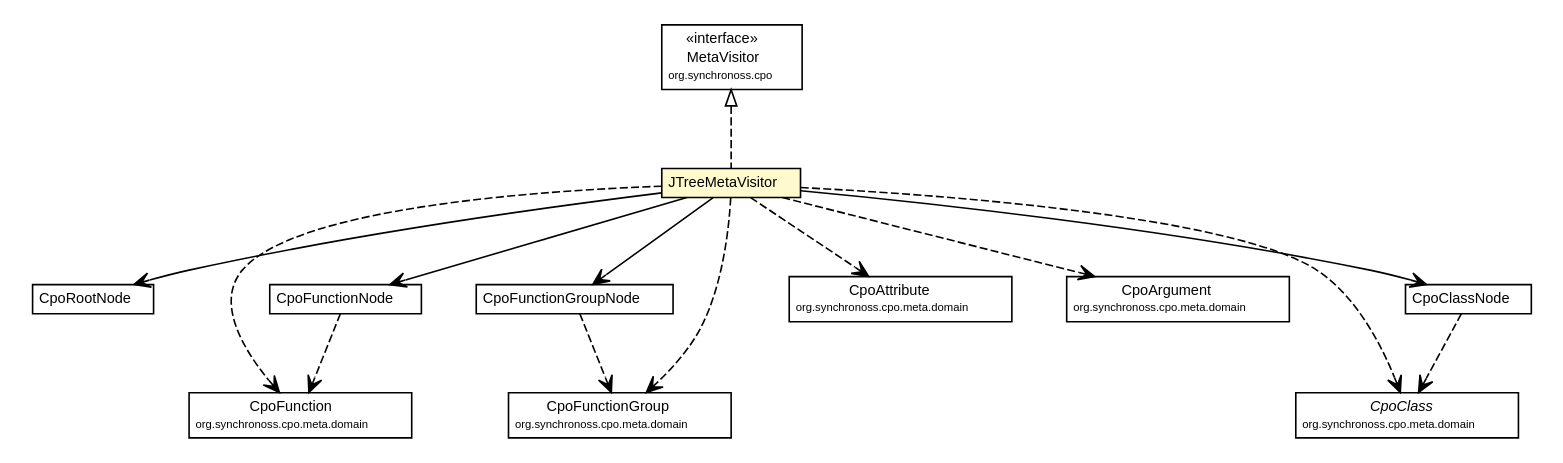
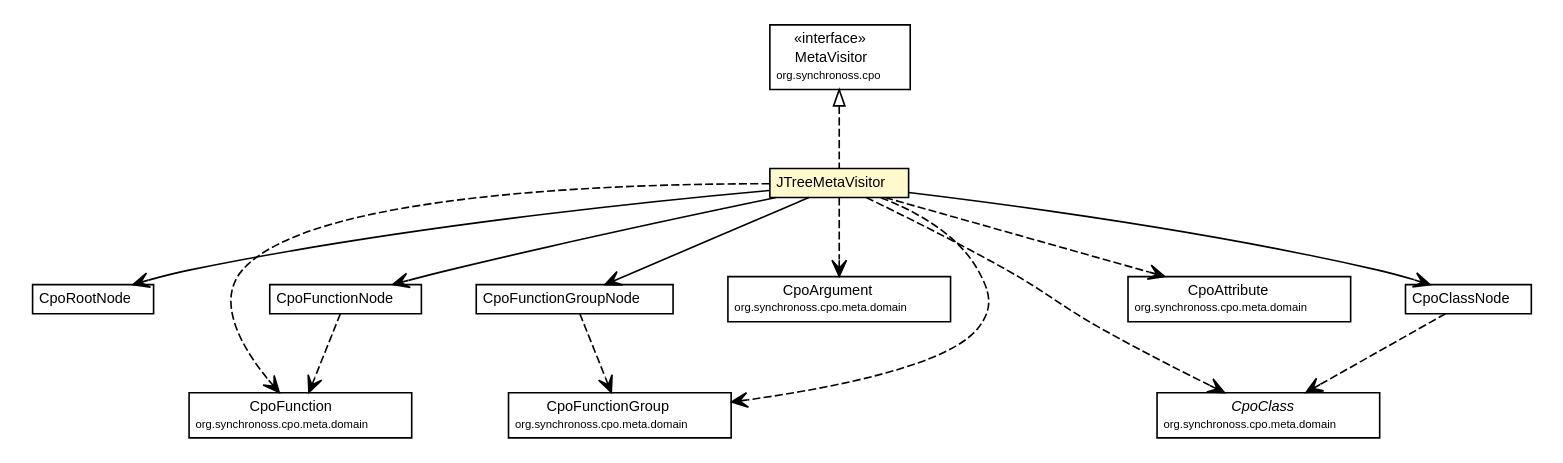
Before and after one commit to synchronoss/cpo-util: the diagram in site/apidocs/org/synchronoss/cpo/util/JTreeMetaVisitor.dot, drawn with Graphviz. The commit also changed 233 other files, not shown here.

Commit message:
Creating site for cpoUtil, 5.2.1-SNAPSHOT

```diff
--- a/site/apidocs/org/synchronoss/cpo/util/JTreeMetaVisitor.dot
+++ b/site/apidocs/org/synchronoss/cpo/util/JTreeMetaVisitor.dot
@@ -1,111 +1,111 @@
 #!/usr/local/bin/dot
 #
 # Class diagram 
 # Generated by UMLGraph version 5.1 (http://www.umlgraph.org/)
 #
 
 digraph G {
 	edge [fontname="Helvetica",fontsize=10,labelfontname="Helvetica",labelfontsize=10];
 	node [fontname="Helvetica",fontsize=10,shape=plaintext];
 	nodesep=0.25;
 	ranksep=0.5;
 	// org.synchronoss.cpo.util.JTreeMetaVisitor
 	c1424 [label=<<table title="org.synchronoss.cpo.util.JTreeMetaVisitor" border="0" cellborder="1" cellspacing="0" cellpadding="2" port="p" bgcolor="lemonChiffon" href="./JTreeMetaVisitor.html">
 		<tr><td><table border="0" cellspacing="0" cellpadding="1">
 <tr><td align="center" balign="center"> JTreeMetaVisitor </td></tr>
 		</table></td></tr>
 		</table>>, fontname="Helvetica", fontcolor="black", fontsize=9.0];
 	// org.synchronoss.cpo.util.CpoRootNode
 	c1430 [label=<<table title="org.synchronoss.cpo.util.CpoRootNode" border="0" cellborder="1" cellspacing="0" cellpadding="2" port="p" href="./CpoRootNode.html">
 		<tr><td><table border="0" cellspacing="0" cellpadding="1">
 <tr><td align="center" balign="center"> CpoRootNode </td></tr>
 		</table></td></tr>
 		</table>>, fontname="Helvetica", fontcolor="black", fontsize=9.0];
 	// org.synchronoss.cpo.util.CpoFunctionNode
 	c1435 [label=<<table title="org.synchronoss.cpo.util.CpoFunctionNode" border="0" cellborder="1" cellspacing="0" cellpadding="2" port="p" href="./CpoFunctionNode.html">
 		<tr><td><table border="0" cellspacing="0" cellpadding="1">
 <tr><td align="center" balign="center"> CpoFunctionNode </td></tr>
 		</table></td></tr>
 		</table>>, fontname="Helvetica", fontcolor="black", fontsize=9.0];
 	// org.synchronoss.cpo.util.CpoFunctionGroupNode
 	c1436 [label=<<table title="org.synchronoss.cpo.util.CpoFunctionGroupNode" border="0" cellborder="1" cellspacing="0" cellpadding="2" port="p" href="./CpoFunctionGroupNode.html">
 		<tr><td><table border="0" cellspacing="0" cellpadding="1">
 <tr><td align="center" balign="center"> CpoFunctionGroupNode </td></tr>
 		</table></td></tr>
 		</table>>, fontname="Helvetica", fontcolor="black", fontsize=9.0];
 	// org.synchronoss.cpo.util.CpoClassNode
 	c1439 [label=<<table title="org.synchronoss.cpo.util.CpoClassNode" border="0" cellborder="1" cellspacing="0" cellpadding="2" port="p" href="./CpoClassNode.html">
 		<tr><td><table border="0" cellspacing="0" cellpadding="1">
 <tr><td align="center" balign="center"> CpoClassNode </td></tr>
 		</table></td></tr>
 		</table>>, fontname="Helvetica", fontcolor="black", fontsize=9.0];
 	//org.synchronoss.cpo.util.JTreeMetaVisitor implements org.synchronoss.cpo.MetaVisitor
 	c1485:p -> c1424:p [dir=back,arrowtail=empty,style=dashed];
 	// org.synchronoss.cpo.util.JTreeMetaVisitor NAVASSOC org.synchronoss.cpo.util.CpoRootNode
 	c1424:p -> c1430:p [taillabel="", label="", headlabel="", fontname="Helvetica", fontcolor="black", fontsize=10.0, color="black", arrowhead=open];
 	// org.synchronoss.cpo.util.JTreeMetaVisitor NAVASSOC org.synchronoss.cpo.util.CpoClassNode
 	c1424:p -> c1439:p [taillabel="", label="", headlabel="", fontname="Helvetica", fontcolor="black", fontsize=10.0, color="black", arrowhead=open];
 	// org.synchronoss.cpo.util.JTreeMetaVisitor NAVASSOC org.synchronoss.cpo.util.CpoFunctionGroupNode
 	c1424:p -> c1436:p [taillabel="", label="", headlabel="", fontname="Helvetica", fontcolor="black", fontsize=10.0, color="black", arrowhead=open];
 	// org.synchronoss.cpo.util.JTreeMetaVisitor NAVASSOC org.synchronoss.cpo.util.CpoFunctionNode
 	c1424:p -> c1435:p [taillabel="", label="", headlabel="", fontname="Helvetica", fontcolor="black", fontsize=10.0, color="black", arrowhead=open];
+	// org.synchronoss.cpo.util.JTreeMetaVisitor DEPEND org.synchronoss.cpo.meta.domain.CpoArgument
+	c1424:p -> c1486:p [taillabel="", label="", headlabel="", fontname="Helvetica", fontcolor="black", fontsize=10.0, color="black", arrowhead=open, style=dashed];
+	// org.synchronoss.cpo.util.JTreeMetaVisitor DEPEND org.synchronoss.cpo.meta.domain.CpoFunctionGroup
+	c1424:p -> c1487:p [taillabel="", label="", headlabel="", fontname="Helvetica", fontcolor="black", fontsize=10.0, color="black", arrowhead=open, style=dashed];
 	// org.synchronoss.cpo.util.JTreeMetaVisitor DEPEND org.synchronoss.cpo.meta.domain.CpoFunction
-	c1424:p -> c1486:p [taillabel="", label="", headlabel="", fontname="Helvetica", fontcolor="black", fontsize=10.0, color="black", arrowhead=open, style=dashed];
+	c1424:p -> c1488:p [taillabel="", label="", headlabel="", fontname="Helvetica", fontcolor="black", fontsize=10.0, color="black", arrowhead=open, style=dashed];
 	// org.synchronoss.cpo.util.JTreeMetaVisitor DEPEND org.synchronoss.cpo.meta.domain.CpoAttribute
-	c1424:p -> c1487:p [taillabel="", label="", headlabel="", fontname="Helvetica", fontcolor="black", fontsize=10.0, color="black", arrowhead=open, style=dashed];
-	// org.synchronoss.cpo.util.JTreeMetaVisitor DEPEND org.synchronoss.cpo.meta.domain.CpoArgument
-	c1424:p -> c1488:p [taillabel="", label="", headlabel="", fontname="Helvetica", fontcolor="black", fontsize=10.0, color="black", arrowhead=open, style=dashed];
-	// org.synchronoss.cpo.util.JTreeMetaVisitor DEPEND org.synchronoss.cpo.meta.domain.CpoFunctionGroup
 	c1424:p -> c1489:p [taillabel="", label="", headlabel="", fontname="Helvetica", fontcolor="black", fontsize=10.0, color="black", arrowhead=open, style=dashed];
 	// org.synchronoss.cpo.util.JTreeMetaVisitor DEPEND org.synchronoss.cpo.meta.domain.CpoClass
 	c1424:p -> c1490:p [taillabel="", label="", headlabel="", fontname="Helvetica", fontcolor="black", fontsize=10.0, color="black", arrowhead=open, style=dashed];
 	// org.synchronoss.cpo.util.CpoFunctionNode DEPEND org.synchronoss.cpo.meta.domain.CpoFunction
-	c1435:p -> c1486:p [taillabel="", label="", headlabel="", fontname="Helvetica", fontcolor="black", fontsize=10.0, color="black", arrowhead=open, style=dashed];
+	c1435:p -> c1488:p [taillabel="", label="", headlabel="", fontname="Helvetica", fontcolor="black", fontsize=10.0, color="black", arrowhead=open, style=dashed];
 	// org.synchronoss.cpo.util.CpoFunctionGroupNode DEPEND org.synchronoss.cpo.meta.domain.CpoFunctionGroup
-	c1436:p -> c1489:p [taillabel="", label="", headlabel="", fontname="Helvetica", fontcolor="black", fontsize=10.0, color="black", arrowhead=open, style=dashed];
+	c1436:p -> c1487:p [taillabel="", label="", headlabel="", fontname="Helvetica", fontcolor="black", fontsize=10.0, color="black", arrowhead=open, style=dashed];
 	// org.synchronoss.cpo.util.CpoClassNode DEPEND org.synchronoss.cpo.meta.domain.CpoClass
 	c1439:p -> c1490:p [taillabel="", label="", headlabel="", fontname="Helvetica", fontcolor="black", fontsize=10.0, color="black", arrowhead=open, style=dashed];
 	// org.synchronoss.cpo.meta.domain.CpoClass
 	c1490 [label=<<table title="org.synchronoss.cpo.meta.domain.CpoClass" border="0" cellborder="1" cellspacing="0" cellpadding="2" port="p" href="http://java.sun.com/j2se/1.4.2/docs/api/org/synchronoss/cpo/meta/domain/CpoClass.html">
 		<tr><td><table border="0" cellspacing="0" cellpadding="1">
 <tr><td align="center" balign="center"><font face="Helvetica-Oblique"> CpoClass </font></td></tr>
 <tr><td align="center" balign="center"><font point-size="7.0"> org.synchronoss.cpo.meta.domain </font></td></tr>
 		</table></td></tr>
 		</table>>, fontname="Helvetica", fontcolor="black", fontsize=9.0];
 	// org.synchronoss.cpo.MetaVisitor
 	c1485 [label=<<table title="org.synchronoss.cpo.MetaVisitor" border="0" cellborder="1" cellspacing="0" cellpadding="2" port="p" href="http://java.sun.com/j2se/1.4.2/docs/api/org/synchronoss/cpo/MetaVisitor.html">
 		<tr><td><table border="0" cellspacing="0" cellpadding="1">
 <tr><td align="center" balign="center"> &#171;interface&#187; </td></tr>
 <tr><td align="center" balign="center"> MetaVisitor </td></tr>
 <tr><td align="center" balign="center"><font point-size="7.0"> org.synchronoss.cpo </font></td></tr>
 		</table></td></tr>
 		</table>>, fontname="Helvetica", fontcolor="black", fontsize=9.0];
 	// org.synchronoss.cpo.meta.domain.CpoAttribute
-	c1487 [label=<<table title="org.synchronoss.cpo.meta.domain.CpoAttribute" border="0" cellborder="1" cellspacing="0" cellpadding="2" port="p" href="http://java.sun.com/j2se/1.4.2/docs/api/org/synchronoss/cpo/meta/domain/CpoAttribute.html">
+	c1489 [label=<<table title="org.synchronoss.cpo.meta.domain.CpoAttribute" border="0" cellborder="1" cellspacing="0" cellpadding="2" port="p" href="http://java.sun.com/j2se/1.4.2/docs/api/org/synchronoss/cpo/meta/domain/CpoAttribute.html">
 		<tr><td><table border="0" cellspacing="0" cellpadding="1">
 <tr><td align="center" balign="center"> CpoAttribute </td></tr>
 <tr><td align="center" balign="center"><font point-size="7.0"> org.synchronoss.cpo.meta.domain </font></td></tr>
 		</table></td></tr>
 		</table>>, fontname="Helvetica", fontcolor="black", fontsize=9.0];
 	// org.synchronoss.cpo.meta.domain.CpoFunction
-	c1486 [label=<<table title="org.synchronoss.cpo.meta.domain.CpoFunction" border="0" cellborder="1" cellspacing="0" cellpadding="2" port="p" href="http://java.sun.com/j2se/1.4.2/docs/api/org/synchronoss/cpo/meta/domain/CpoFunction.html">
+	c1488 [label=<<table title="org.synchronoss.cpo.meta.domain.CpoFunction" border="0" cellborder="1" cellspacing="0" cellpadding="2" port="p" href="http://java.sun.com/j2se/1.4.2/docs/api/org/synchronoss/cpo/meta/domain/CpoFunction.html">
 		<tr><td><table border="0" cellspacing="0" cellpadding="1">
 <tr><td align="center" balign="center"> CpoFunction </td></tr>
 <tr><td align="center" balign="center"><font point-size="7.0"> org.synchronoss.cpo.meta.domain </font></td></tr>
 		</table></td></tr>
 		</table>>, fontname="Helvetica", fontcolor="black", fontsize=9.0];
 	// org.synchronoss.cpo.meta.domain.CpoArgument
-	c1488 [label=<<table title="org.synchronoss.cpo.meta.domain.CpoArgument" border="0" cellborder="1" cellspacing="0" cellpadding="2" port="p" href="http://java.sun.com/j2se/1.4.2/docs/api/org/synchronoss/cpo/meta/domain/CpoArgument.html">
+	c1486 [label=<<table title="org.synchronoss.cpo.meta.domain.CpoArgument" border="0" cellborder="1" cellspacing="0" cellpadding="2" port="p" href="http://java.sun.com/j2se/1.4.2/docs/api/org/synchronoss/cpo/meta/domain/CpoArgument.html">
 		<tr><td><table border="0" cellspacing="0" cellpadding="1">
 <tr><td align="center" balign="center"> CpoArgument </td></tr>
 <tr><td align="center" balign="center"><font point-size="7.0"> org.synchronoss.cpo.meta.domain </font></td></tr>
 		</table></td></tr>
 		</table>>, fontname="Helvetica", fontcolor="black", fontsize=9.0];
 	// org.synchronoss.cpo.meta.domain.CpoFunctionGroup
-	c1489 [label=<<table title="org.synchronoss.cpo.meta.domain.CpoFunctionGroup" border="0" cellborder="1" cellspacing="0" cellpadding="2" port="p" href="http://java.sun.com/j2se/1.4.2/docs/api/org/synchronoss/cpo/meta/domain/CpoFunctionGroup.html">
+	c1487 [label=<<table title="org.synchronoss.cpo.meta.domain.CpoFunctionGroup" border="0" cellborder="1" cellspacing="0" cellpadding="2" port="p" href="http://java.sun.com/j2se/1.4.2/docs/api/org/synchronoss/cpo/meta/domain/CpoFunctionGroup.html">
 		<tr><td><table border="0" cellspacing="0" cellpadding="1">
 <tr><td align="center" balign="center"> CpoFunctionGroup </td></tr>
 <tr><td align="center" balign="center"><font point-size="7.0"> org.synchronoss.cpo.meta.domain </font></td></tr>
 		</table></td></tr>
 		</table>>, fontname="Helvetica", fontcolor="black", fontsize=9.0];
 }
```
